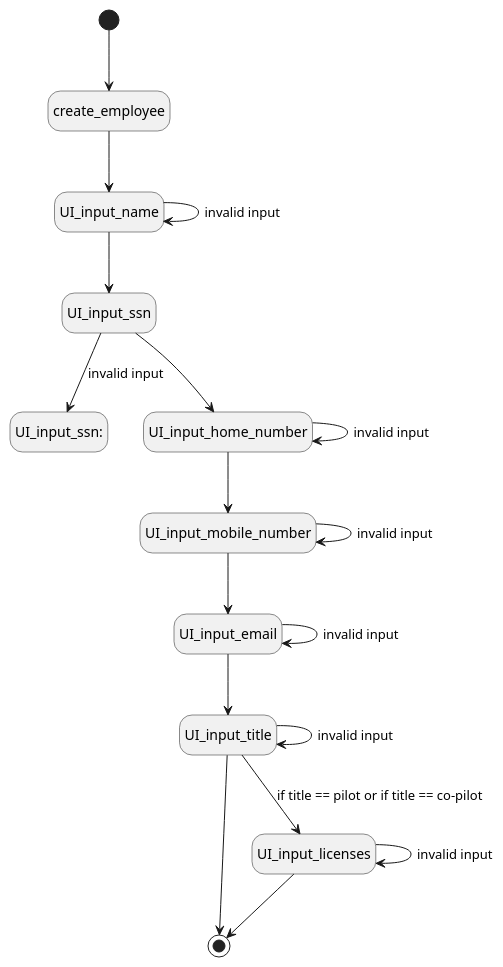
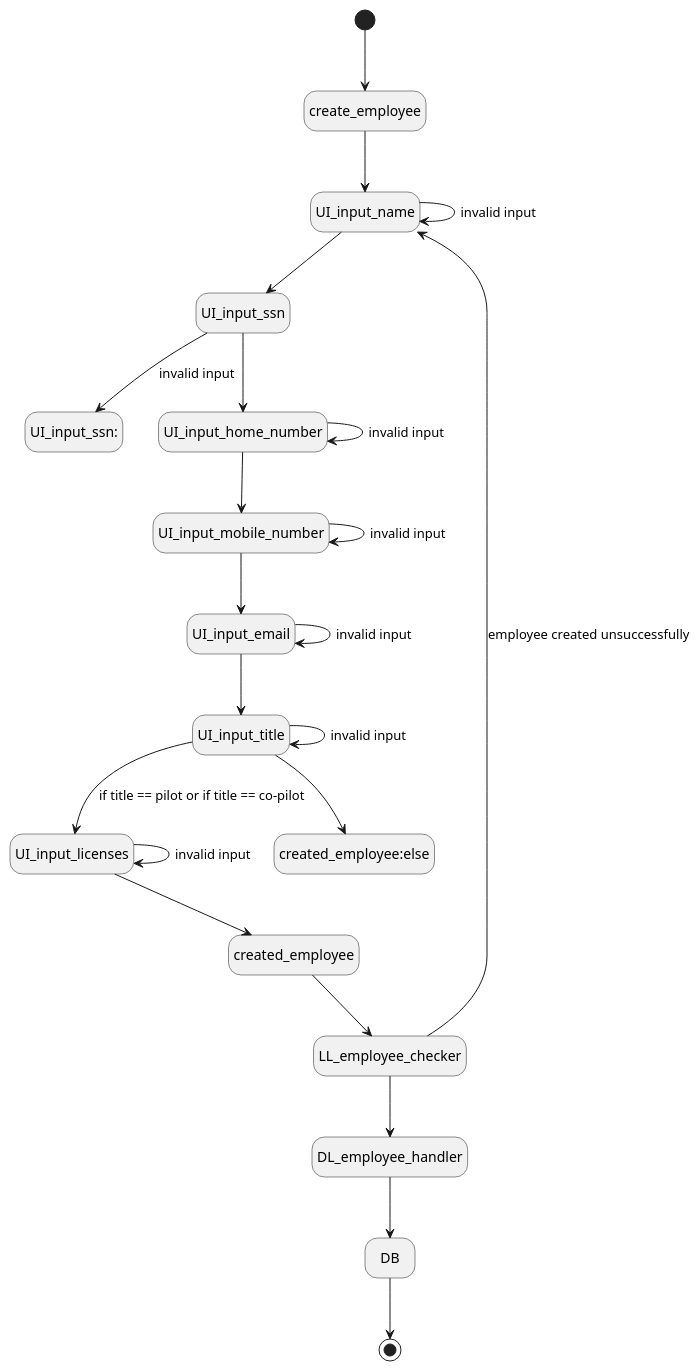
One commit to irmalexandra/vln1_chuck_nan changed the diagram in state_diagrams/create_employee.puml. Above: the diagram before and after it, drawn with PlantUML.

Commit message:
create emp

```diff
--- a/state_diagrams/create_employee.puml
+++ b/state_diagrams/create_employee.puml
@@ -1,22 +1,27 @@
 @startuml create employee
 hide empty description
 
 
 [*] --> create_employee
-create_employee --> UI_input_name
-UI_input_name --> UI_input_name:invalid input
-UI_input_name --> UI_input_ssn
-UI_input_ssn --> UI_input_ssn::invalid input
-UI_input_ssn --> UI_input_home_number
-UI_input_home_number --> UI_input_home_number:invalid input
-UI_input_home_number --> UI_input_mobile_number
-UI_input_mobile_number --> UI_input_mobile_number:invalid input
-UI_input_mobile_number --> UI_input_email
-UI_input_email --> UI_input_email:invalid input
-UI_input_email --> UI_input_title
-UI_input_title --> UI_input_title:invalid input
-UI_input_title --> [*]
-UI_input_title --> UI_input_licenses: if title == pilot or if title == co-pilot
-UI_input_licenses --> UI_input_licenses: invalid input
-UI_input_licenses --> [*]
+create_employee -down-> UI_input_name
+UI_input_name -down-> UI_input_name:invalid input
+UI_input_name -down-> UI_input_ssn
+UI_input_ssn -down-> UI_input_ssn::invalid input
+UI_input_ssn -down-> UI_input_home_number
+UI_input_home_number -down-> UI_input_home_number:invalid input
+UI_input_home_number -down-> UI_input_mobile_number
+UI_input_mobile_number -down-> UI_input_mobile_number:invalid input
+UI_input_mobile_number -down-> UI_input_email
+UI_input_email -down-> UI_input_email:invalid input
+UI_input_email -down-> UI_input_title
+UI_input_title -down-> UI_input_title:invalid input
+UI_input_title -down-> UI_input_licenses: if title == pilot or if title == co-pilot
+UI_input_licenses -down-> UI_input_licenses: invalid input
+UI_input_licenses --> created_employee
+UI_input_title --> created_employee:else
+created_employee --> LL_employee_checker
+LL_employee_checker --> UI_input_name: employee created unsuccessfully
+LL_employee_checker --> DL_employee_handler
+DL_employee_handler --> DB
+DB --> [*]
 @enduml
```
